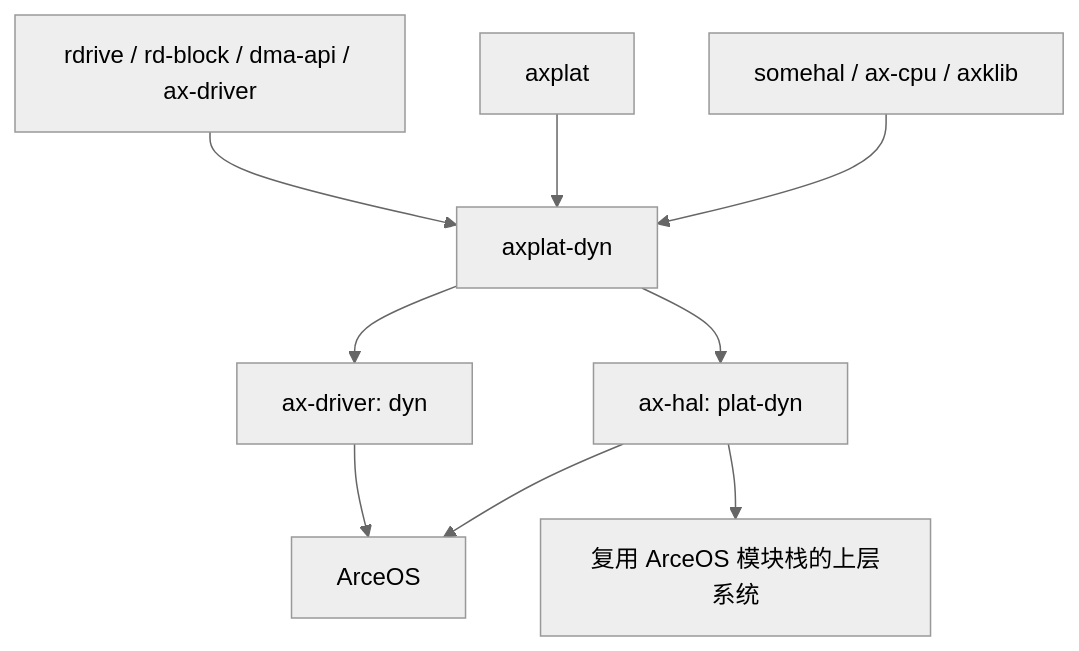
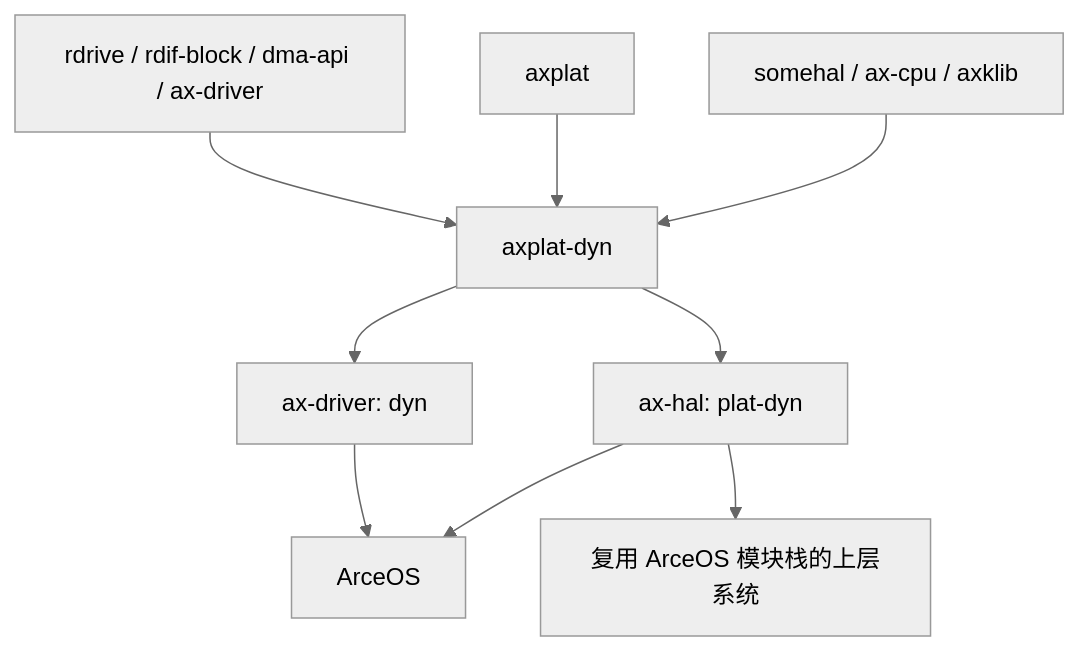
Before and after one commit to rcore-os/tgoskits: the third of 3 diagrams in docs/docs/components/crates/axplat-dyn.md, drawn with Mermaid (neutral theme). The commit also changed other lines of this file and 59 other files, not shown here.

````diff
--- a/docs/docs/components/crates/axplat-dyn.md
+++ b/docs/docs/components/crates/axplat-dyn.md
@@ -212,13 +212,13 @@
 ```mermaid
 graph TD
     A[somehal / ax-cpu / axklib] --> B[axplat-dyn]
     C[axplat] --> B
-    D[rdrive / rd-block / dma-api / ax-driver] --> B
+    D[rdrive / rdif-block / dma-api / ax-driver] --> B
 
     B --> E[ax-hal: plat-dyn]
     B --> F[ax-driver: dyn]
 
     E --> G[ArceOS]
     F --> G
     E --> H[复用 ArceOS 模块栈的上层系统]
 ```
````
